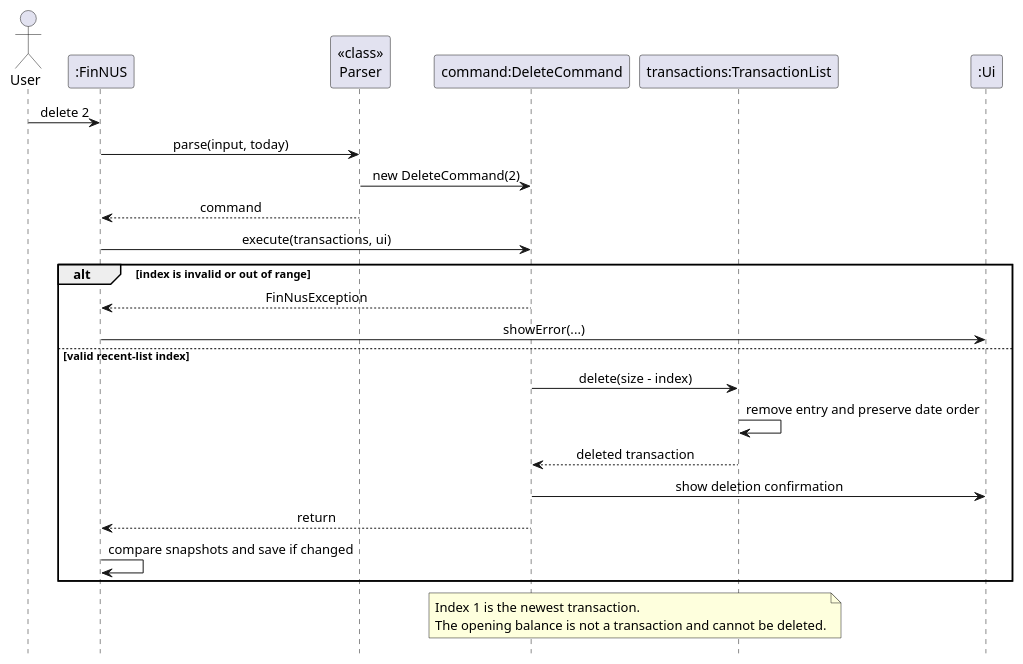
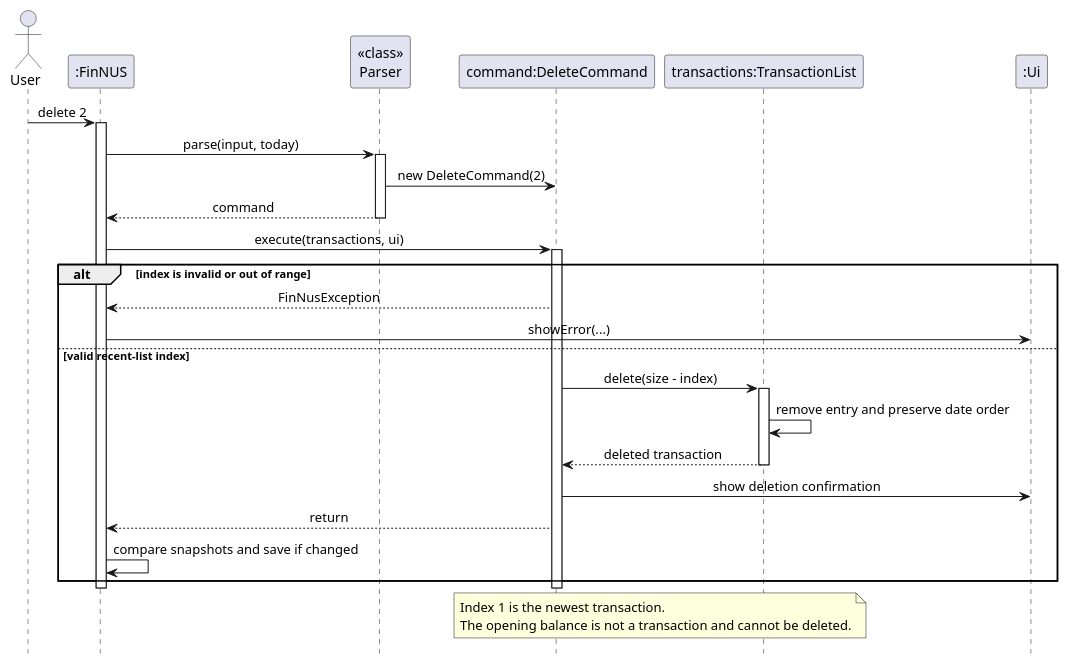
One commit to AY2627S1-CS2113-W13-2/tp changed the diagram in docs/diagrams/DeleteSequenceDiagram.puml. Above: the diagram before and after it, drawn with PlantUML. The commit also changed 3 other files, not shown here.

Commit message:
Update diagrams

```diff
--- a/docs/diagrams/DeleteSequenceDiagram.puml
+++ b/docs/diagrams/DeleteSequenceDiagram.puml
@@ -1,37 +1,45 @@
 @startuml DeleteSequenceDiagram
 ' @@author lololol8484
 ' Deleting the transaction shown at a recent/find index.
 hide footbox
 skinparam shadowing false
 skinparam sequenceMessageAlign center
 
 actor User
 participant ":FinNUS" as FinNUS
 participant "<<class>>\nParser" as Parser
 participant "command:DeleteCommand" as Delete
 participant "transactions:TransactionList" as Ledger
 participant ":Ui" as Ui
 
 User -> FinNUS: delete 2
+activate FinNUS
 FinNUS -> Parser: parse(input, today)
+activate Parser
 Parser -> Delete: new DeleteCommand(2)
 Parser --> FinNUS: command
+deactivate Parser
 FinNUS -> Delete: execute(transactions, ui)
+activate Delete
 
 alt index is invalid or out of range
     Delete --> FinNUS: FinNusException
     FinNUS -> Ui: showError(...)
 else valid recent-list index
     Delete -> Ledger: delete(size - index)
+    activate Ledger
     Ledger -> Ledger: remove entry and preserve date order
     Ledger --> Delete: deleted transaction
+    deactivate Ledger
     Delete -> Ui: show deletion confirmation
     Delete --> FinNUS: return
     FinNUS -> FinNUS: compare snapshots and save if changed
 end
+deactivate Delete
+deactivate FinNUS
 
 note over Delete, Ledger
     Index 1 is the newest transaction.
     The opening balance is not a transaction and cannot be deleted.
 end note
 @enduml
```
